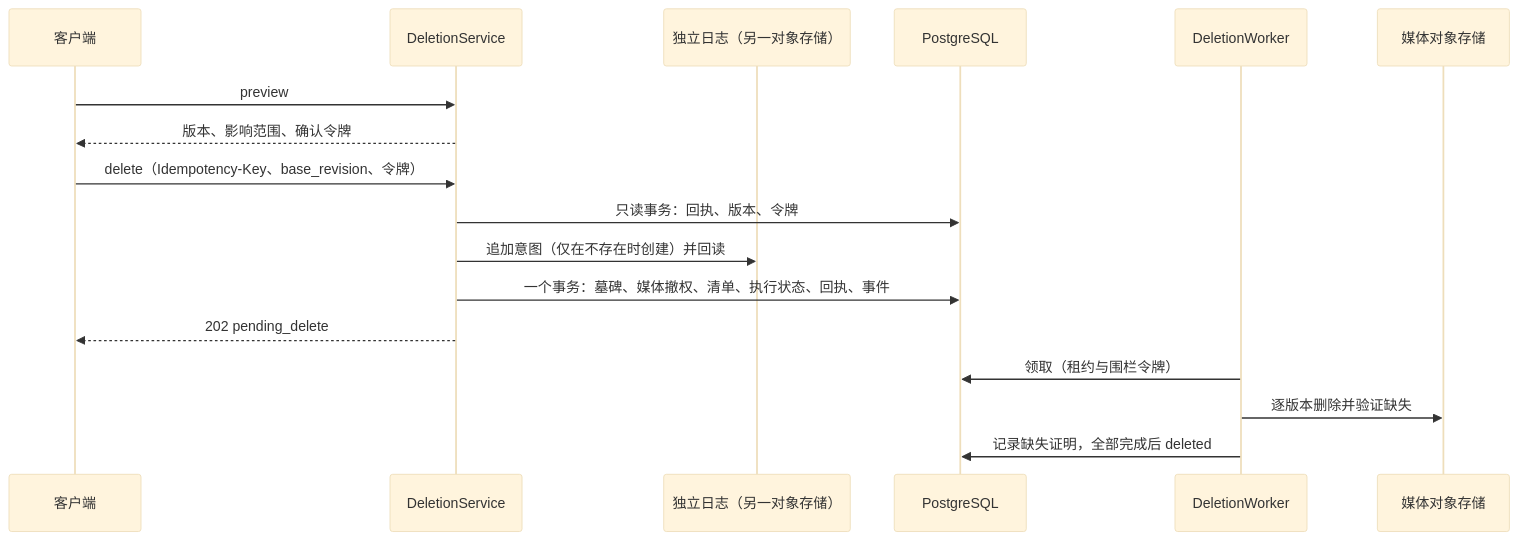
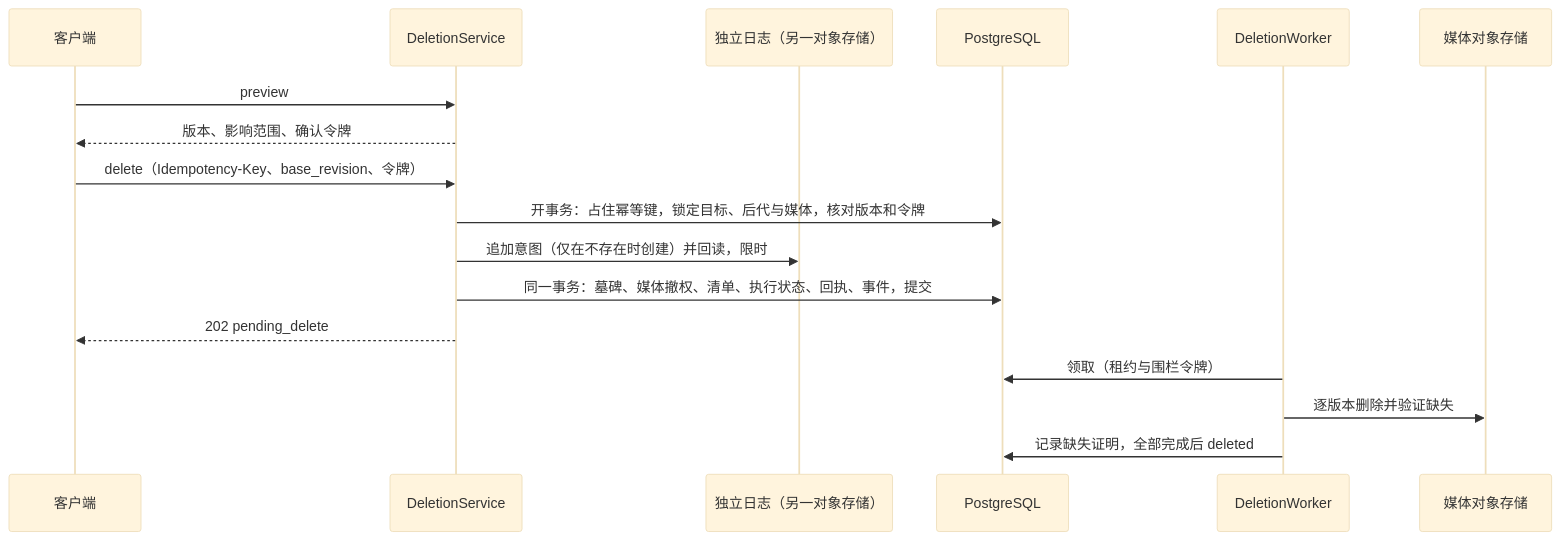
The diagram in docs/web-alpha/pr04b/IMPLEMENTATION.md (Mumao233/classroom-os), drawn with Mermaid (base theme) before and after one commit. The commit also changed other lines of this file and 14 other files, not shown here.

````diff
--- a/docs/web-alpha/pr04b/IMPLEMENTATION.md
+++ b/docs/web-alpha/pr04b/IMPLEMENTATION.md
@@ -23,19 +23,19 @@
 ```mermaid
 sequenceDiagram
   participant C as 客户端
   participant S as DeletionService
   participant L as 独立日志（另一对象存储）
   participant D as PostgreSQL
   participant W as DeletionWorker
   participant O as 媒体对象存储
   C->>S: preview
   S-->>C: 版本、影响范围、确认令牌
   C->>S: delete（Idempotency-Key、base_revision、令牌）
-  S->>D: 只读事务：回执、版本、令牌
-  S->>L: 追加意图（仅在不存在时创建）并回读
-  S->>D: 一个事务：墓碑、媒体撤权、清单、执行状态、回执、事件
+  S->>D: 开事务：占住幂等键，锁定目标、后代与媒体，核对版本和令牌
+  S->>L: 追加意图（仅在不存在时创建）并回读，限时
+  S->>D: 同一事务：墓碑、媒体撤权、清单、执行状态、回执、事件，提交
   S-->>C: 202 pending_delete
   W->>D: 领取（租约与围栏令牌）
   W->>O: 逐版本删除并验证缺失
   W->>D: 记录缺失证明，全部完成后 deleted
 ```
````
